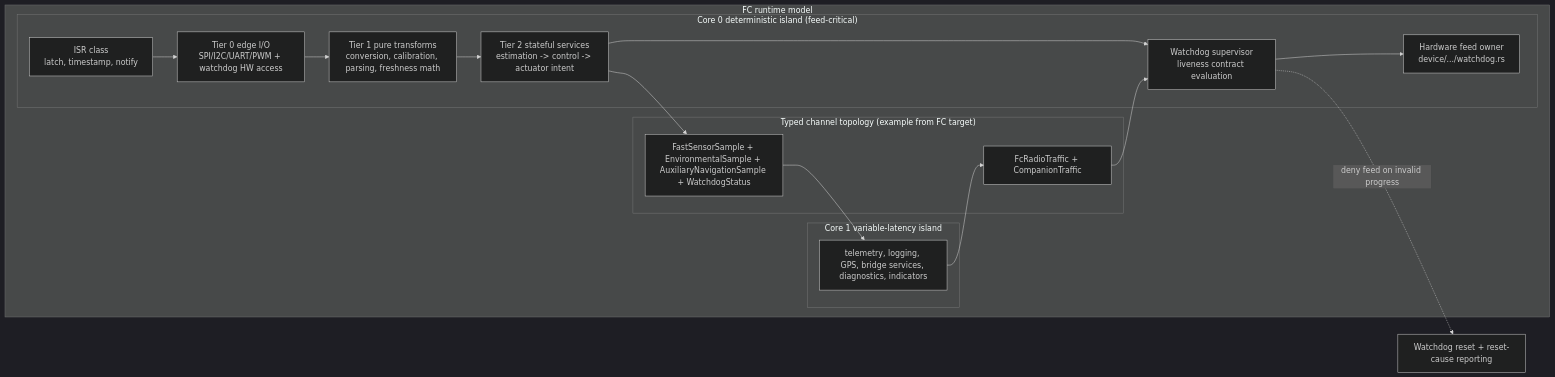
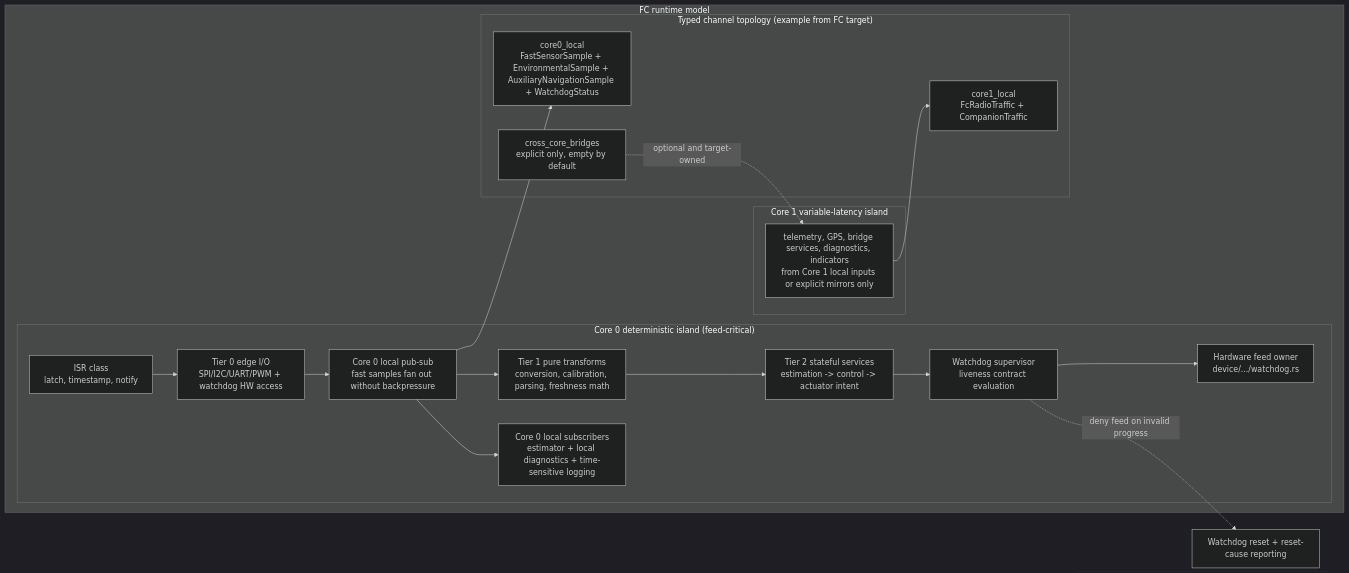
One commit to Lmx154/MARV-FC changed the second of 3 diagrams in docs/10-architecture-and-abstractions-visualization.md. Above: the diagram before and after it, drawn with Mermaid (dark theme). The commit also changed other lines of this file and 67 other files, not shown here.

````diff
--- a/docs/10-architecture-and-abstractions-visualization.md
+++ b/docs/10-architecture-and-abstractions-visualization.md
@@ -62,31 +62,34 @@
 ```mermaid
 flowchart LR
-    subgraph model["FC runtime model"]
+        subgraph model["FC runtime model"]
         subgraph core0["Core 0 deterministic island (feed-critical)"]
             isr["ISR class<br/>latch, timestamp, notify"]
             tier0["Tier 0 edge I/O<br/>SPI/I2C/UART/PWM + watchdog HW access"]
+            fastpub["Core 0 local pub-sub<br/>fast samples fan out without backpressure"]
             tier1["Tier 1 pure transforms<br/>conversion, calibration, parsing, freshness math"]
             tier2["Tier 2 stateful services<br/>estimation -> control -> actuator intent"]
+            tap0["Core 0 local subscribers<br/>estimator + local diagnostics + time-sensitive logging"]
             wds["Watchdog supervisor<br/>liveness contract evaluation"]
             wdhw["Hardware feed owner<br/>device/.../watchdog.rs"]
 
-            isr --> tier0 --> tier1 --> tier2 --> wds --> wdhw
+            isr --> tier0 --> fastpub --> tier1 --> tier2 --> wds --> wdhw
+            fastpub --> tap0
         end
 
         subgraph core1["Core 1 variable-latency island"]
-            bg["telemetry, logging, GPS, bridge services, diagnostics, indicators"]
+            bg["telemetry, GPS, bridge services, diagnostics, indicators<br/>from Core 1 local inputs or explicit mirrors only"]
         end
 
         subgraph channels["Typed channel topology (example from FC target)"]
-            feedc["FastSensorSample + EnvironmentalSample + AuxiliaryNavigationSample + WatchdogStatus"]
-            noncrit["FcRadioTraffic + CompanionTraffic"]
+            core0ch["core0_local<br/>FastSensorSample + EnvironmentalSample + AuxiliaryNavigationSample + WatchdogStatus"]
+            core1ch["core1_local<br/>FcRadioTraffic + CompanionTraffic"]
+            xcore["cross_core_bridges<br/>explicit only, empty by default"]
         end
 
-        tier2 --> feedc
-        feedc --> bg
-        bg --> noncrit
-        noncrit --> wds
+        fastpub --> core0ch
+        bg --> core1ch
+        xcore -.optional and target-owned.-> bg
     end
 
     wds -.deny feed on invalid progress.-> reset["Watchdog reset + reset-cause reporting"]
 ```
````
